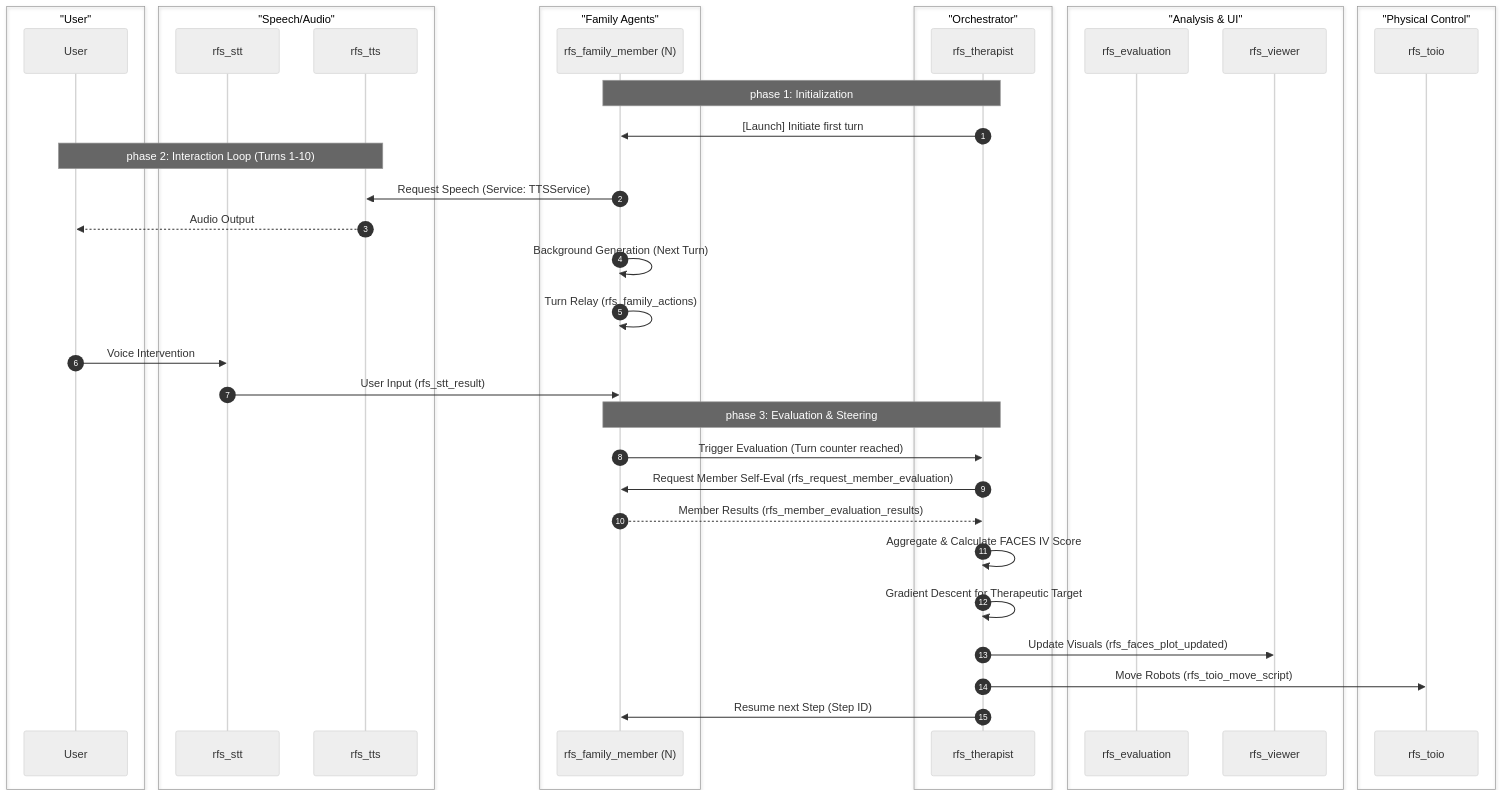
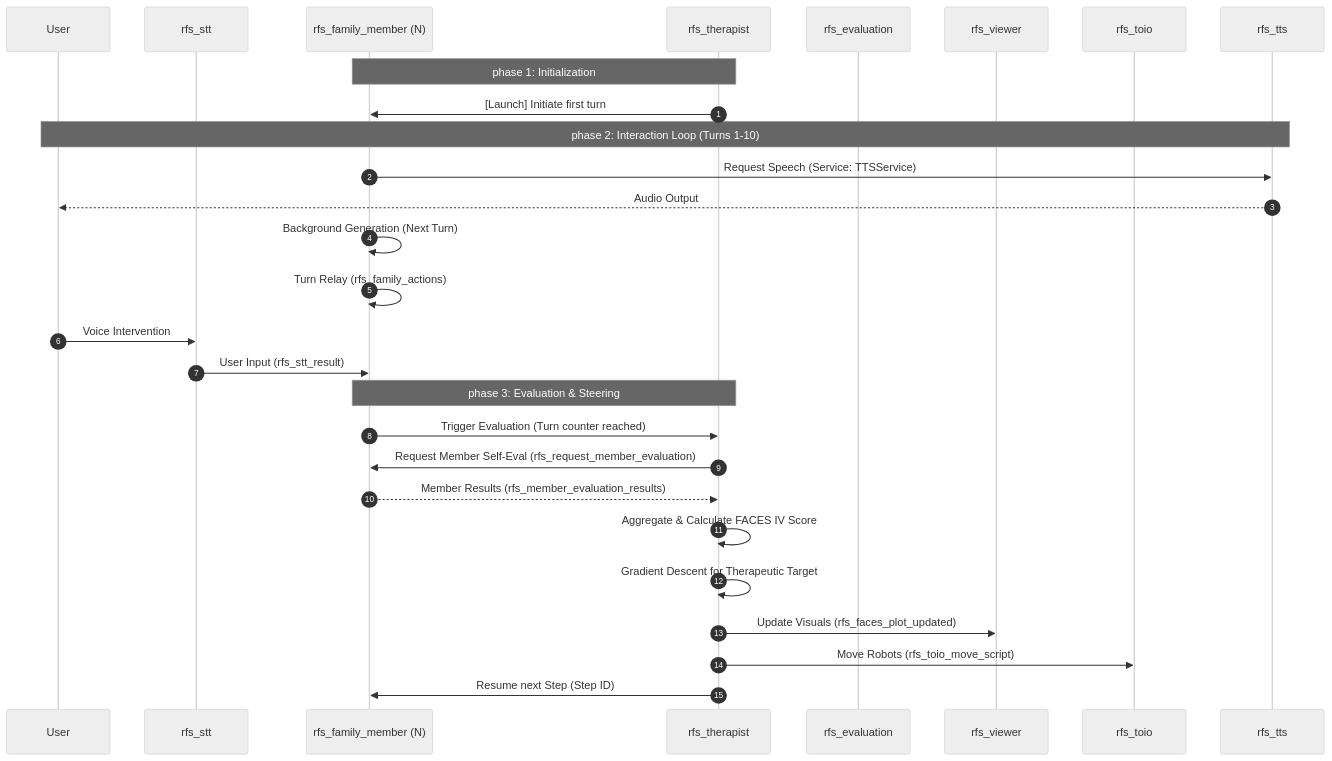
Before and after one commit to robotaichi/rfs: the diagram in README.md, drawn with Mermaid (neutral theme).

Commit message:
Use simple, bold participant colors in sequence diagram

````diff
--- a/README.md
+++ b/README.md
@@ -18,51 +18,35 @@
 ```mermaid
 sequenceDiagram
     autonumber
     
-    box "User" #FAFAFA
-    participant User
-    end
-
-    box "Speech/Audio" #E3F2FD
-    participant STT as rfs_stt
-    participant TTS as rfs_tts
-    end
-
-    box "Family Agents" #E8F5E9
-    participant Fam as rfs_family_member (N)
-    end
-
-    box "Orchestrator" #FFFDE7
-    participant Ther as rfs_therapist
-    end
-
-    box "Analysis & UI" #F3E5F5
-    participant Eval as rfs_evaluation
-    participant Plot as rfs_viewer
-    end
-
-    box "Physical Control" #E0F7FA
-    participant Toio as rfs_toio
-    end
+    %% Participant Definitions with Vibrant, High-Contrast Colors
+    participant User as User #F5F5F5
+    participant STT as rfs_stt #81D4FA
+    participant Fam as rfs_family_member (N) #A5D6A7
+    participant Ther as rfs_therapist #FFEB3B
+    participant Eval as rfs_evaluation #E1BEE7
+    participant Plot as rfs_viewer #E1BEE7
+    participant Toio as rfs_toio #80DEEA
+    participant TTS as rfs_tts #81D4FA
 
     Note over Ther, Fam: phase 1: Initialization
     Ther->>Fam: [Launch] Initiate first turn
     
     Note over User, TTS: phase 2: Interaction Loop (Turns 1-10)
     Fam->>TTS: Request Speech (Service: TTSService)
     TTS-->>User: Audio Output
     Fam->>Fam: Background Generation (Next Turn)
     Fam->>Fam: Turn Relay (rfs_family_actions)
     User->>STT: Voice Intervention
     STT->>Fam: User Input (rfs_stt_result)
     
     Note over Fam, Ther: phase 3: Evaluation & Steering
     Fam->>Ther: Trigger Evaluation (Turn counter reached)
     Ther->>Fam: Request Member Self-Eval (rfs_request_member_evaluation)
     Fam-->>Ther: Member Results (rfs_member_evaluation_results)
     Ther->>Ther: Aggregate & Calculate FACES IV Score
     Ther->>Ther: Gradient Descent for Therapeutic Target
     Ther->>Plot: Update Visuals (rfs_faces_plot_updated)
     Ther->>Toio: Move Robots (rfs_toio_move_script)
     Ther->>Fam: Resume next Step (Step ID)
 ```
````
